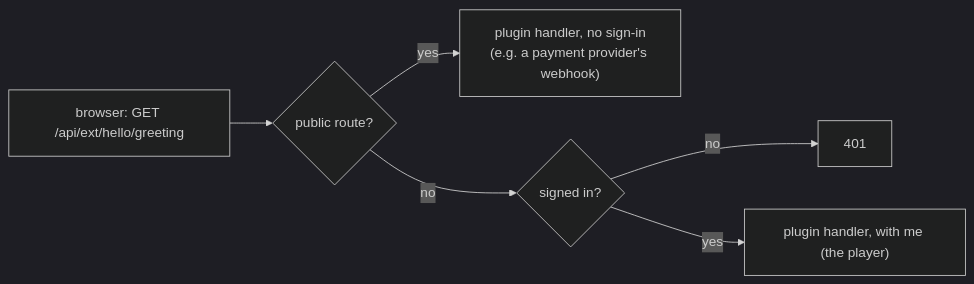
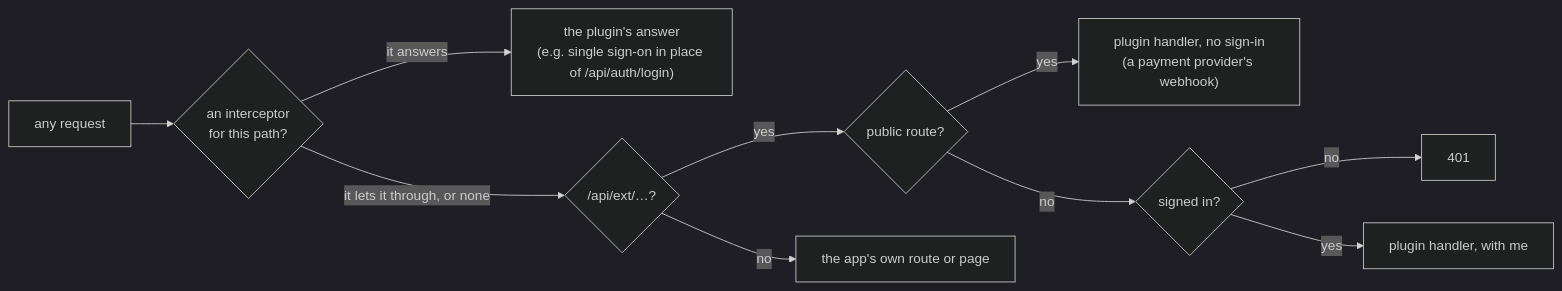
Before and after one commit to renatoaug/platjourney: the third of 5 diagrams in docs/plugins.md, drawn with Mermaid (dark theme). The commit also changed other lines of this file and 40 other files, not shown here.

Commit message:
feat(plugins): reach any component and any request without slots (#42)

````diff
--- a/docs/plugins.md
+++ b/docs/plugins.md
@@ -41,8 +65,12 @@
 ```mermaid
 flowchart LR
-    req["browser: GET /api/ext/hello/greeting"] --> pub{public route?}
-    pub -- yes --> open["plugin handler, no sign-in<br/>(e.g. a payment provider's webhook)"]
+    req["any request"] --> icpt{an interceptor<br/>for this path?}
+    icpt -- "it answers" --> done["the plugin's answer<br/>(e.g. single sign-on in place of /api/auth/login)"]
+    icpt -- "it lets it through, or none" --> ext{/api/ext/…?}
+    ext -- yes --> pub{public route?}
+    pub -- yes --> open["plugin handler, no sign-in<br/>(a payment provider's webhook)"]
     pub -- no --> signed{signed in?}
     signed -- no --> e401[401]
-    signed -- yes --> handler["plugin handler, with me (the player)"]
+    signed -- yes --> handler["plugin handler, with me"]
+    ext -- no --> app["the app's own route or page"]
 ```
````
